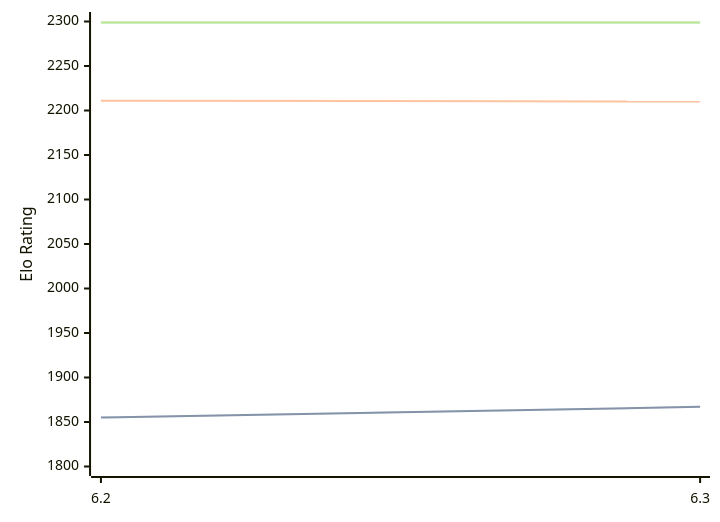
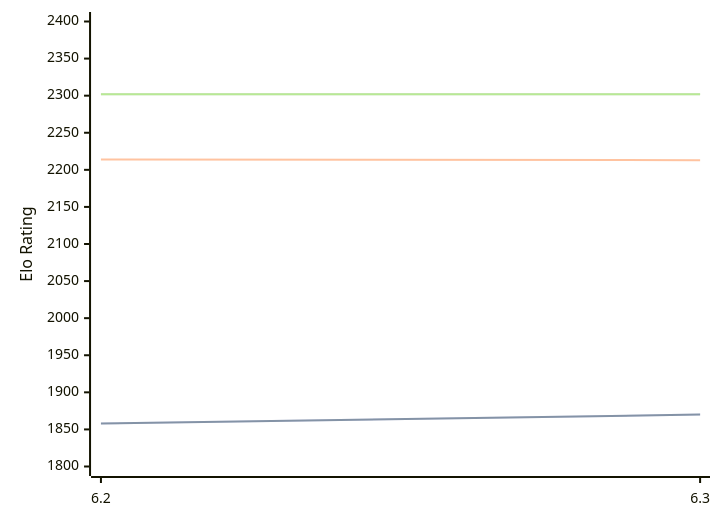
Before and after one commit to computer-chess-index/cci: the diagram in engines/chess4j.md, drawn with Mermaid. The commit also changed other lines of this file, not shown here.

Commit message:
Update CCI Ratings (ELO VLTC) - 2026-09-24

````diff
--- a/engines/chess4j.md
+++ b/engines/chess4j.md
@@ -32,11 +32,11 @@
 ```mermaid
 %%{init: {"theme":"base","themeVariables":{"seriesColors:['#a3a3a3','#222221','#faa371']}}}%%
 xychart-beta
   x-axis ["6.2", "6.3"]
-  y-axis "Elo Rating" 1800 --> 2300
-  line "" [1855, 1867]
-  line "STC (8.0+0.08s)" [1855, 1867]
-  line "LTC (60.0+0.60s)" [2211, 2210]
-  line "" [2299, 2299]
-  line "VLTC (2m24s+1.12s)" [2299, 2299]
+  y-axis "Elo Rating" 1800 --> 2400
+  line "" [1858, 1870]
+  line "STC (8.0+0.08s)" [1858, 1870]
+  line "LTC (60.0+0.60s)" [2214, 2213]
+  line "" [2302, 2302]
+  line "VLTC (2m24s+1.12s)" [2302, 2302]
 ```
````
